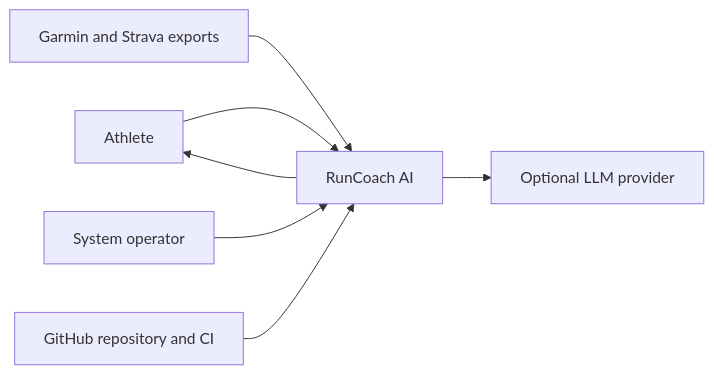
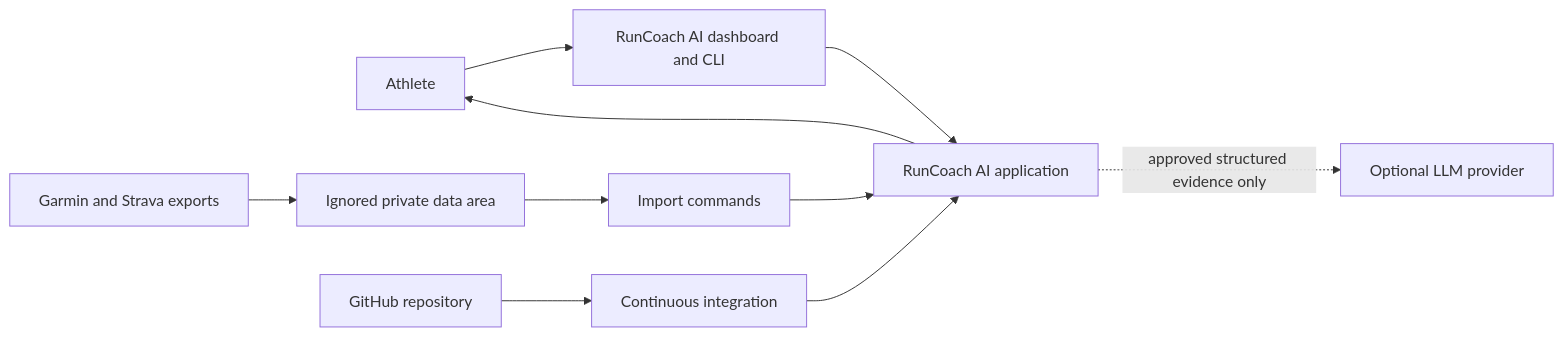
The first of 9 diagrams in docs/architecture.md (saadBr/runcoach-ai), drawn with Mermaid before and after one commit. The commit also changed other lines of this file, not shown here.

Commit message:
docs: align architecture with implemented platform

````diff
--- a/docs/architecture.md
+++ b/docs/architecture.md
@@ -48,9 +103,14 @@
 ```mermaid
 flowchart LR
-    Athlete["Athlete"] --> System["RunCoach AI"]
-    Exports["Garmin and Strava exports"] --> System
+    Athlete["Athlete"] --> UI["RunCoach AI dashboard and CLI"]
+    Exports["Garmin and Strava exports"] --> Private["Ignored private data area"]
+    Private --> CLI["Import commands"]
+    CLI --> System["RunCoach AI application"]
+    UI --> System
     System --> Athlete
-    System --> Provider["Optional LLM provider"]
-    Operator["System operator"] --> System
-    Repository["GitHub repository and CI"] --> System
+
+    Repository["GitHub repository"] --> CI["Continuous integration"]
+    CI --> System
+
+    System -. "approved structured evidence only" .-> LLM["Optional LLM provider"]
 ```
````
